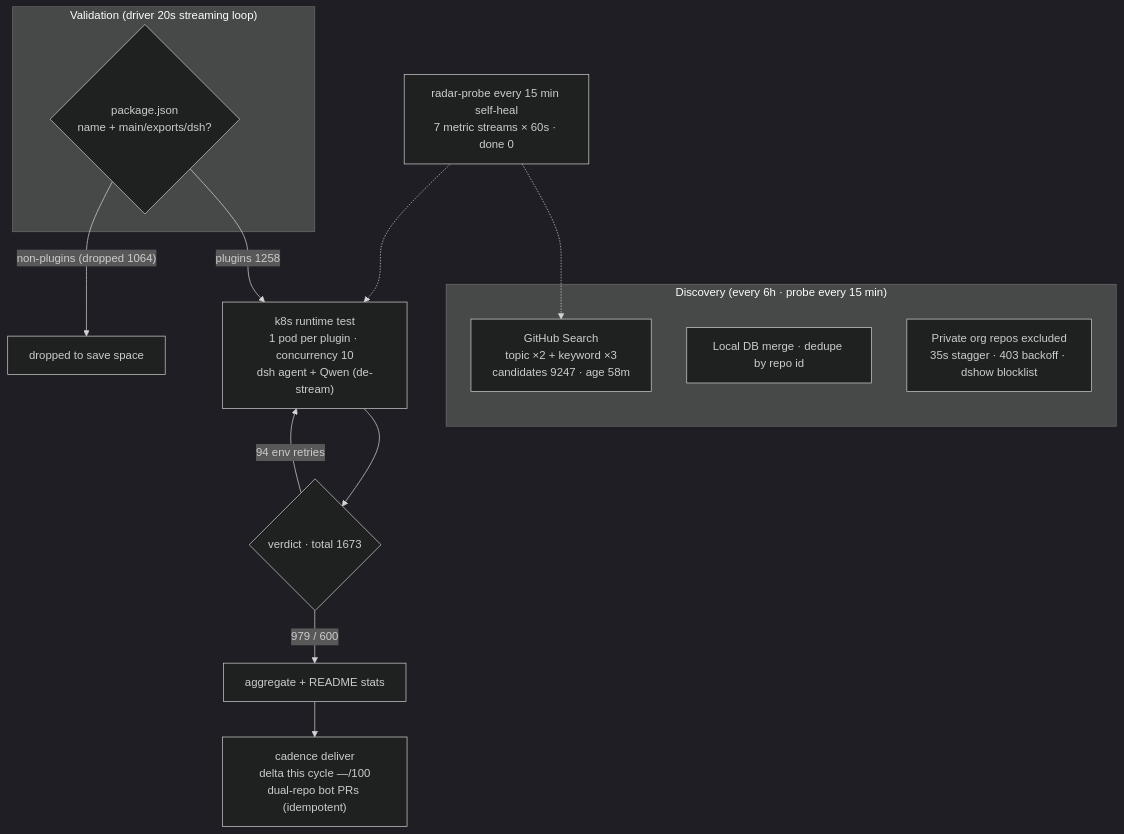
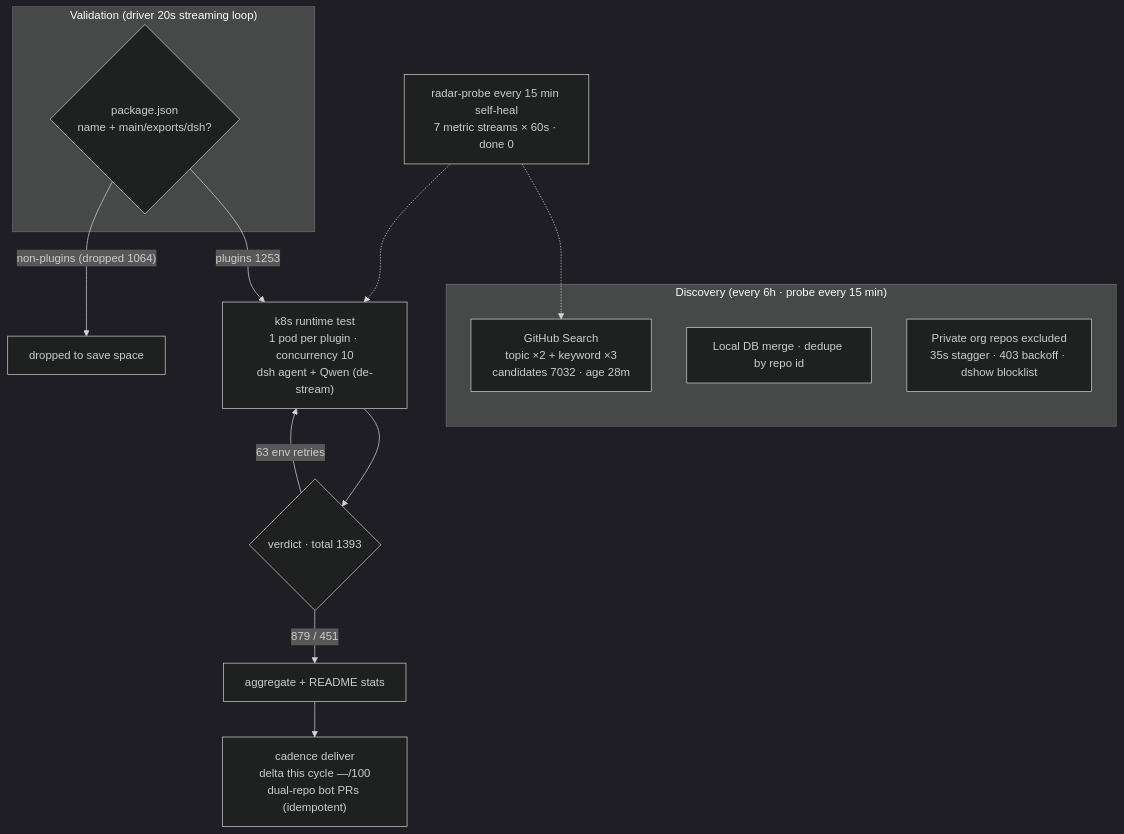
The diagram in README.en-US.md (AdamPlatin123/awesome-dsh-plugins), drawn with Mermaid (dark theme) before and after one commit. The commit also changed other lines of this file and 2 other files, not shown here.

````diff
--- a/README.en-US.md
+++ b/README.en-US.md
@@ -28,19 +30,19 @@
 ```mermaid
 flowchart TB
     subgraph Discovery[" Discovery (every 6h · probe every 15 min)"]
-        A1["GitHub Search<br/>topic ×2 + keyword ×3<br/>candidates 9247 · age 58m"]
+        A1["GitHub Search<br/>topic ×2 + keyword ×3<br/>candidates 7032 · age 28m"]
         A2["Local DB merge · dedupe by repo id"]
         A3[" Private org repos excluded<br/>35s stagger · 403 backoff · dshow blocklist"]
     end
     subgraph Validation[" Validation (driver 20s streaming loop)"]
         B1{"package.json<br/>name + main/exports/dsh?"}
     end
-    B1 -->|"plugins 1258"| C1["k8s runtime test<br/>1 pod per plugin · concurrency 10<br/>dsh agent + Qwen (de-stream)"]
+    B1 -->|"plugins 1253"| C1["k8s runtime test<br/>1 pod per plugin · concurrency 10<br/>dsh agent + Qwen (de-stream)"]
     B1 -->|"non-plugins (dropped 1064)"| B3[" dropped to save space"]
-    C1 --> D1{"verdict · total 1673"}
-    D1 -->|" 979 /  600"| E1["aggregate + README stats"]
-    D1 -->|" 94 env retries"| C1
+    C1 --> D1{"verdict · total 1393"}
+    D1 -->|" 879 /  451"| E1["aggregate + README stats"]
+    D1 -->|" 63 env retries"| C1
     E1 --> E2["cadence deliver<br/>delta this cycle —/100<br/>dual-repo bot PRs (idempotent)"]
     M[" radar-probe every 15 min self-heal<br/>7 metric streams × 60s · done 0"] -.-> A1
     M -.-> C1
 ```
````
